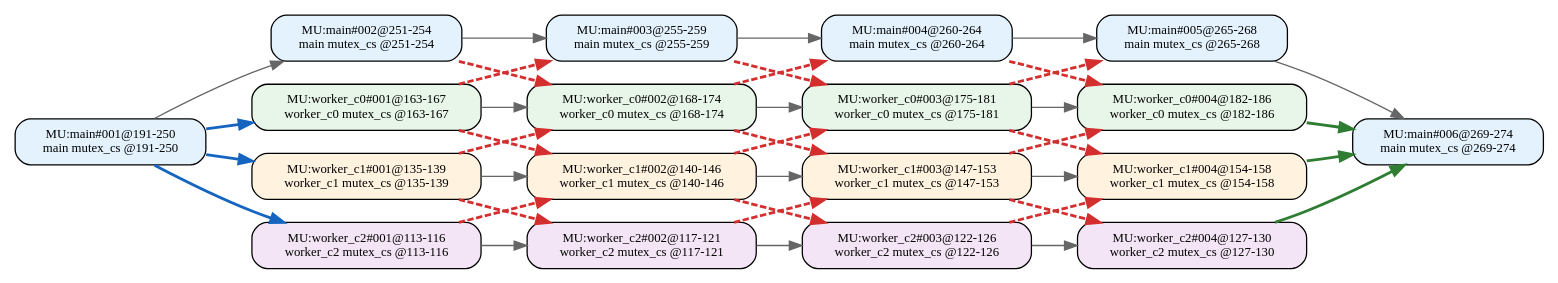
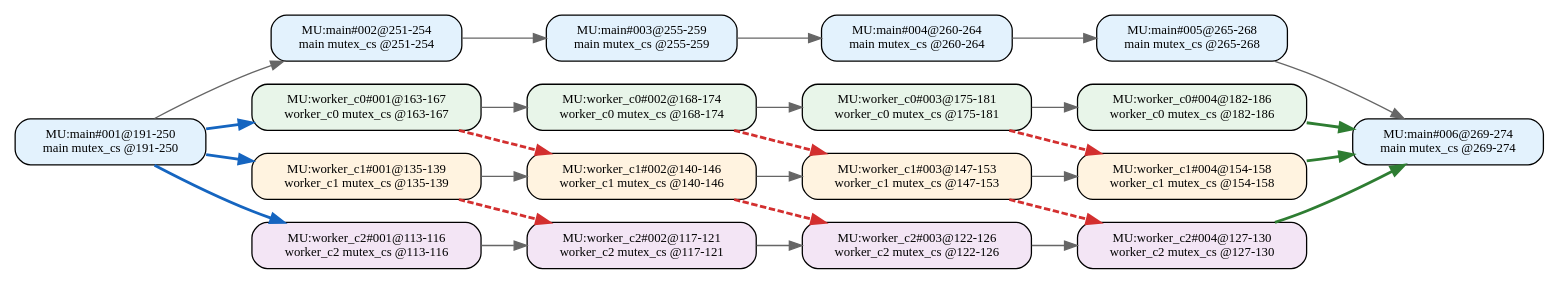
The diagram in 中间结果/zhang3/pipeline/blocks/level2/effective_line_merge/dag_seg.dot (RTS-SYSU/DAG-Gen), drawn with Graphviz before and after one commit. The commit also changed 2419 other files, not shown here.

```diff
--- a/中间结果/zhang3/pipeline/blocks/level2/effective_line_merge/dag_seg.dot
+++ b/中间结果/zhang3/pipeline/blocks/level2/effective_line_merge/dag_seg.dot
@@ -1,60 +1,48 @@
 digraph Level2SegDAG {
   rankdir=LR;
   node [shape=box, fontname="Consolas", fontsize=10];
   "MU:main#001@191-250" [style="rounded,filled", fillcolor="#E3F2FD", label="MU:main#001@191-250\nmain mutex_cs @191-250"];
   "MU:main#002@251-254" [style="rounded,filled", fillcolor="#E3F2FD", label="MU:main#002@251-254\nmain mutex_cs @251-254"];
   "MU:main#003@255-259" [style="rounded,filled", fillcolor="#E3F2FD", label="MU:main#003@255-259\nmain mutex_cs @255-259"];
   "MU:main#004@260-264" [style="rounded,filled", fillcolor="#E3F2FD", label="MU:main#004@260-264\nmain mutex_cs @260-264"];
   "MU:main#005@265-268" [style="rounded,filled", fillcolor="#E3F2FD", label="MU:main#005@265-268\nmain mutex_cs @265-268"];
   "MU:main#006@269-274" [style="rounded,filled", fillcolor="#E3F2FD", label="MU:main#006@269-274\nmain mutex_cs @269-274"];
   "MU:worker_c0#001@163-167" [style="rounded,filled", fillcolor="#E8F5E9", label="MU:worker_c0#001@163-167\nworker_c0 mutex_cs @163-167"];
   "MU:worker_c0#002@168-174" [style="rounded,filled", fillcolor="#E8F5E9", label="MU:worker_c0#002@168-174\nworker_c0 mutex_cs @168-174"];
   "MU:worker_c0#003@175-181" [style="rounded,filled", fillcolor="#E8F5E9", label="MU:worker_c0#003@175-181\nworker_c0 mutex_cs @175-181"];
   "MU:worker_c0#004@182-186" [style="rounded,filled", fillcolor="#E8F5E9", label="MU:worker_c0#004@182-186\nworker_c0 mutex_cs @182-186"];
   "MU:worker_c1#001@135-139" [style="rounded,filled", fillcolor="#FFF3E0", label="MU:worker_c1#001@135-139\nworker_c1 mutex_cs @135-139"];
   "MU:worker_c1#002@140-146" [style="rounded,filled", fillcolor="#FFF3E0", label="MU:worker_c1#002@140-146\nworker_c1 mutex_cs @140-146"];
   "MU:worker_c1#003@147-153" [style="rounded,filled", fillcolor="#FFF3E0", label="MU:worker_c1#003@147-153\nworker_c1 mutex_cs @147-153"];
   "MU:worker_c1#004@154-158" [style="rounded,filled", fillcolor="#FFF3E0", label="MU:worker_c1#004@154-158\nworker_c1 mutex_cs @154-158"];
   "MU:worker_c2#001@113-116" [style="rounded,filled", fillcolor="#F3E5F5", label="MU:worker_c2#001@113-116\nworker_c2 mutex_cs @113-116"];
   "MU:worker_c2#002@117-121" [style="rounded,filled", fillcolor="#F3E5F5", label="MU:worker_c2#002@117-121\nworker_c2 mutex_cs @117-121"];
   "MU:worker_c2#003@122-126" [style="rounded,filled", fillcolor="#F3E5F5", label="MU:worker_c2#003@122-126\nworker_c2 mutex_cs @122-126"];
   "MU:worker_c2#004@127-130" [style="rounded,filled", fillcolor="#F3E5F5", label="MU:worker_c2#004@127-130\nworker_c2 mutex_cs @127-130"];
   "MU:worker_c2#001@113-116" -> "MU:worker_c2#002@117-121" [color="#666666", style="solid", penwidth=1.0];
   "MU:worker_c2#002@117-121" -> "MU:worker_c2#003@122-126" [color="#666666", style="solid", penwidth=1.0];
   "MU:worker_c2#003@122-126" -> "MU:worker_c2#004@127-130" [color="#666666", style="solid", penwidth=1.0];
   "MU:worker_c1#001@135-139" -> "MU:worker_c1#002@140-146" [color="#666666", style="solid", penwidth=1.0];
   "MU:worker_c1#002@140-146" -> "MU:worker_c1#003@147-153" [color="#666666", style="solid", penwidth=1.0];
   "MU:worker_c1#003@147-153" -> "MU:worker_c1#004@154-158" [color="#666666", style="solid", penwidth=1.0];
   "MU:worker_c0#001@163-167" -> "MU:worker_c0#002@168-174" [color="#666666", style="solid", penwidth=1.0];
   "MU:worker_c0#002@168-174" -> "MU:worker_c0#003@175-181" [color="#666666", style="solid", penwidth=1.0];
   "MU:worker_c0#003@175-181" -> "MU:worker_c0#004@182-186" [color="#666666", style="solid", penwidth=1.0];
   "MU:main#001@191-250" -> "MU:main#002@251-254" [color="#666666", style="solid", penwidth=1.0];
   "MU:main#002@251-254" -> "MU:main#003@255-259" [color="#666666", style="solid", penwidth=1.0];
   "MU:main#003@255-259" -> "MU:main#004@260-264" [color="#666666", style="solid", penwidth=1.0];
   "MU:main#004@260-264" -> "MU:main#005@265-268" [color="#666666", style="solid", penwidth=1.0];
   "MU:main#005@265-268" -> "MU:main#006@269-274" [color="#666666", style="solid", penwidth=1.0];
   "MU:main#001@191-250" -> "MU:worker_c0#001@163-167" [color="#1565C0", style="solid", penwidth=2.2];
   "MU:main#001@191-250" -> "MU:worker_c1#001@135-139" [color="#1565C0", style="solid", penwidth=2.2];
   "MU:main#001@191-250" -> "MU:worker_c2#001@113-116" [color="#1565C0", style="solid", penwidth=2.2];
   "MU:worker_c0#004@182-186" -> "MU:main#006@269-274" [color="#2E7D32", style="solid", penwidth=2.2];
   "MU:worker_c1#004@154-158" -> "MU:main#006@269-274" [color="#2E7D32", style="solid", penwidth=2.2];
   "MU:worker_c2#004@127-130" -> "MU:main#006@269-274" [color="#2E7D32", style="solid", penwidth=2.2];
-  "MU:worker_c2#001@113-116" -> "MU:worker_c1#002@140-146" [color="#D32F2F", style="dashed", penwidth=2.2];
   "MU:worker_c1#001@135-139" -> "MU:worker_c2#002@117-121" [color="#D32F2F", style="dashed", penwidth=2.2];
-  "MU:worker_c2#002@117-121" -> "MU:worker_c1#003@147-153" [color="#D32F2F", style="dashed", penwidth=2.2];
   "MU:worker_c1#002@140-146" -> "MU:worker_c2#003@122-126" [color="#D32F2F", style="dashed", penwidth=2.2];
-  "MU:worker_c2#003@122-126" -> "MU:worker_c1#004@154-158" [color="#D32F2F", style="dashed", penwidth=2.2];
   "MU:worker_c1#003@147-153" -> "MU:worker_c2#004@127-130" [color="#D32F2F", style="dashed", penwidth=2.2];
-  "MU:worker_c1#001@135-139" -> "MU:worker_c0#002@168-174" [color="#D32F2F", style="dashed", penwidth=2.2];
   "MU:worker_c0#001@163-167" -> "MU:worker_c1#002@140-146" [color="#D32F2F", style="dashed", penwidth=2.2];
-  "MU:worker_c1#002@140-146" -> "MU:worker_c0#003@175-181" [color="#D32F2F", style="dashed", penwidth=2.2];
   "MU:worker_c0#002@168-174" -> "MU:worker_c1#003@147-153" [color="#D32F2F", style="dashed", penwidth=2.2];
-  "MU:worker_c1#003@147-153" -> "MU:worker_c0#004@182-186" [color="#D32F2F", style="dashed", penwidth=2.2];
   "MU:worker_c0#003@175-181" -> "MU:worker_c1#004@154-158" [color="#D32F2F", style="dashed", penwidth=2.2];
-  "MU:worker_c0#001@163-167" -> "MU:main#003@255-259" [color="#D32F2F", style="dashed", penwidth=2.2];
-  "MU:main#002@251-254" -> "MU:worker_c0#002@168-174" [color="#D32F2F", style="dashed", penwidth=2.2];
-  "MU:worker_c0#002@168-174" -> "MU:main#004@260-264" [color="#D32F2F", style="dashed", penwidth=2.2];
-  "MU:main#003@255-259" -> "MU:worker_c0#003@175-181" [color="#D32F2F", style="dashed", penwidth=2.2];
-  "MU:worker_c0#003@175-181" -> "MU:main#005@265-268" [color="#D32F2F", style="dashed", penwidth=2.2];
-  "MU:main#004@260-264" -> "MU:worker_c0#004@182-186" [color="#D32F2F", style="dashed", penwidth=2.2];
 }
```
